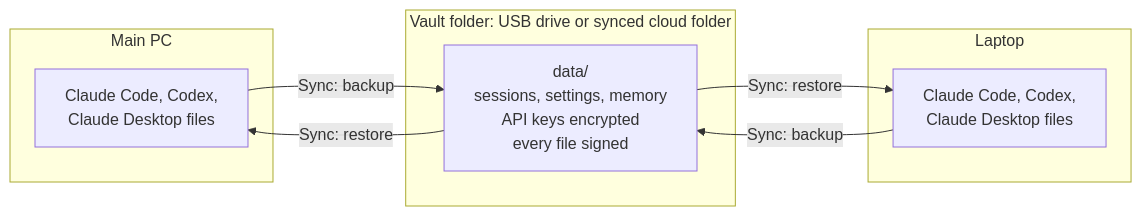
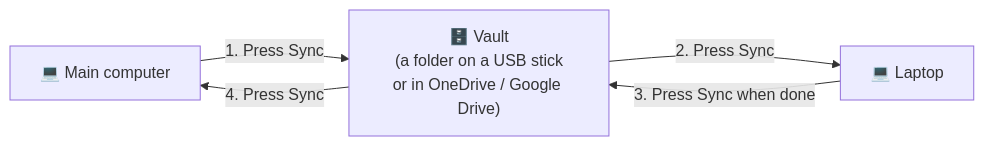
The diagram in README.md (Aryansingh0783/ai-session-vault), drawn with Mermaid before and after one commit. The commit also changed other lines of this file and 1 other file, not shown here.

````diff
--- a/README.md
+++ b/README.md
@@ -46,16 +11,7 @@
 ```mermaid
 flowchart LR
-    subgraph PC["Main PC"]
-        PCF["Claude Code, Codex,<br/>Claude Desktop files"]
-    end
-    subgraph V["Vault folder: USB drive or synced cloud folder"]
-        VF["data/<br/>sessions, settings, memory<br/>API keys encrypted<br/>every file signed"]
-    end
-    subgraph L["Laptop"]
-        LF["Claude Code, Codex,<br/>Claude Desktop files"]
-    end
-    PCF -- "Sync: backup" --> VF
-    VF -- "Sync: restore" --> PCF
-    LF -- "Sync: backup" --> VF
-    VF -- "Sync: restore" --> LF
+    A["💻 Main computer"] -- "1. Press Sync" --> V["🗄️ Vault<br/>(a folder on a USB stick<br/>or in OneDrive / Google Drive)"]
+    V -- "2. Press Sync" --> B["💻 Laptop"]
+    B -- "3. Press Sync when done" --> V
+    V -- "4. Press Sync" --> A
 ```
````
